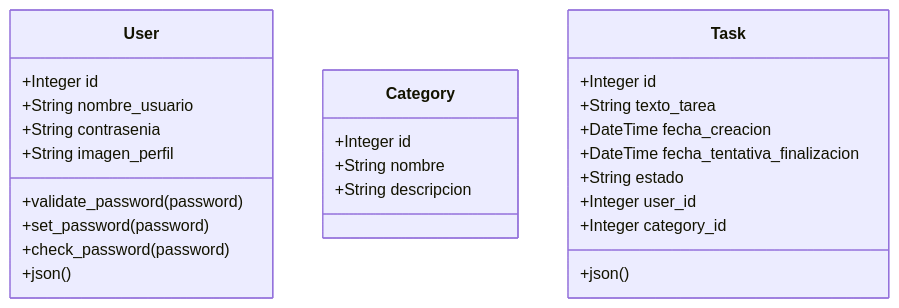
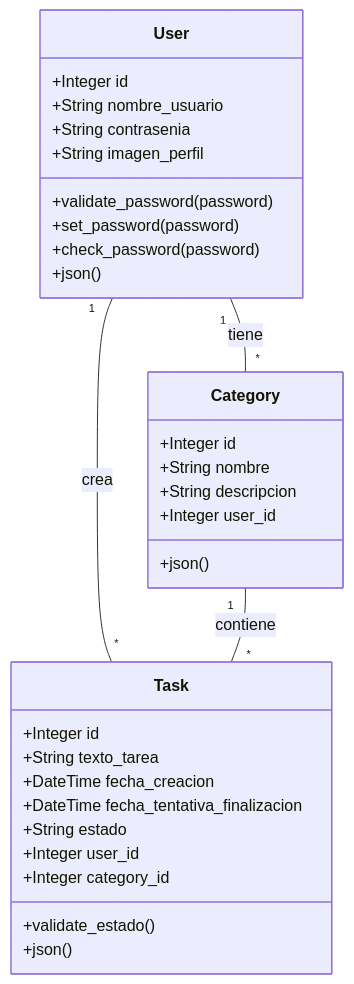
One commit to Cloud-Solutions-FullStack/Entrega-0 changed the diagram in README.md. Above: the diagram before and after it, drawn with Mermaid. The commit also changed other lines of this file and 30 other files, not shown here.

````diff
--- a/README.md
+++ b/README.md
@@ -204,30 +313,37 @@
 ```mermaid
 classDiagram
-class User {
-+Integer id
-+String nombre_usuario
-+String contrasenia
-+String imagen_perfil
-+validate_password(password)
-+set_password(password)
-+check_password(password)
-+json()
-}
+    User "1" -- "*" Category : tiene
+    User "1" -- "*" Task : crea
+    Category "1" -- "*" Task : contiene
 
-class Category {
-+Integer id
-+String nombre
-+String descripcion
-}
+    class User {
+        +Integer id
+        +String nombre_usuario
+        +String contrasenia
+        +String imagen_perfil
+        +validate_password(password)
+        +set_password(password)
+        +check_password(password)
+        +json()
+    }
 
-class Task {
-+Integer id
-+String texto_tarea
-+DateTime fecha_creacion
-+DateTime fecha_tentativa_finalizacion
-+String estado
-+Integer user_id
-+Integer category_id
-+json()
-}
+    class Category {
+        +Integer id
+        +String nombre
+        +String descripcion
+        +Integer user_id
+        +json()
+    }
+
+    class Task {
+        +Integer id
+        +String texto_tarea
+        +DateTime fecha_creacion
+        +DateTime fecha_tentativa_finalizacion
+        +String estado
+        +Integer user_id
+        +Integer category_id
+        +validate_estado()
+        +json()
+    }
 ```
````
